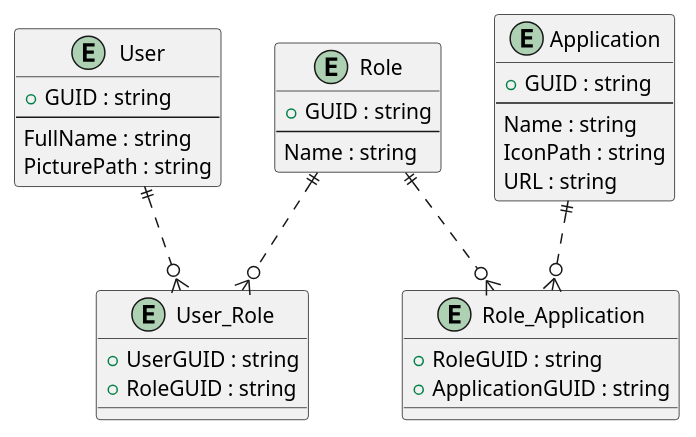
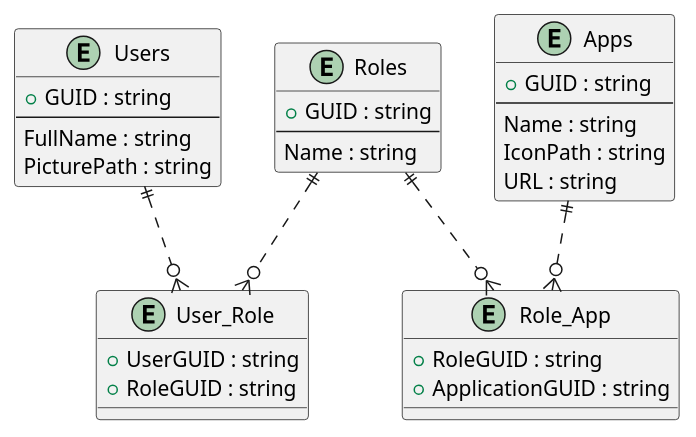
One commit to StelArian/users-roles-apps changed the diagram in diagrams/user_role_application_diagram.puml. Above: the diagram before and after it, drawn with PlantUML. The commit also changed 2 other files, not shown here.

```diff
--- a/diagrams/user_role_application_diagram.puml
+++ b/diagrams/user_role_application_diagram.puml
@@ -1,39 +1,39 @@
 @startuml
 
-entity "User" as user {
+entity "Users" as user {
   + GUID : string
   --
   FullName : string
   PicturePath : string
 }
 
-entity "Role" as role {
+entity "Roles" as role {
   + GUID : string
   --
   Name : string
 }
 
-entity "Application" as application {
+entity "Apps" as application {
   + GUID : string
   --
   Name : string
   IconPath : string
   URL : string
 }
 
 entity "User_Role" as user_role {
   + UserGUID : string
   + RoleGUID : string
 }
 
-entity "Role_Application" as role_application {
+entity "Role_App" as role_application {
   + RoleGUID : string
   + ApplicationGUID : string
 }
 
 user ||..o{ user_role
 role ||..o{ user_role
 role ||..o{ role_application
 application ||..o{ role_application
 
 @enduml
```
